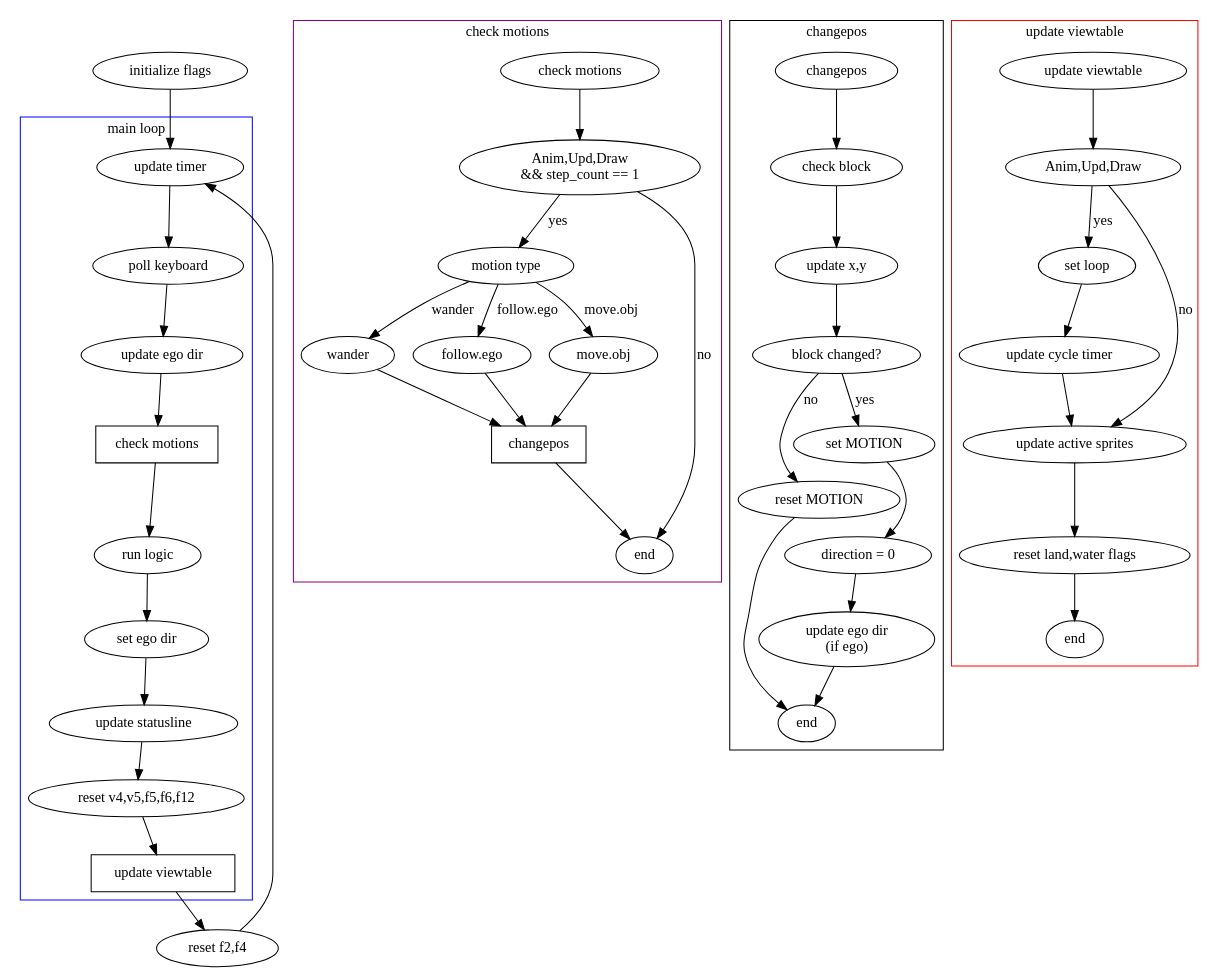
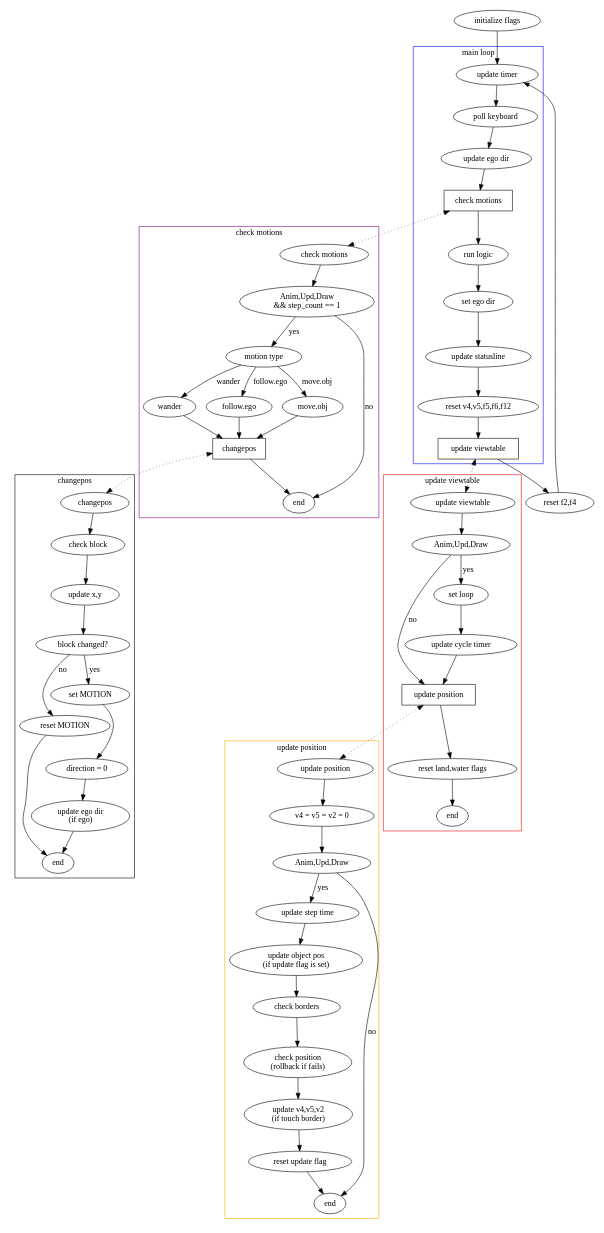
Before and after one commit to cmatsuoka/sarien: the diagram in doc/flowchart.dot, drawn with Graphviz. The commit also changed other lines of this file and 3 other files, not shown here.

Commit message:
Replaced the AGDS interpreter cycle flowchart by a detailed version generated with graphviz.

```diff
--- a/doc/flowchart.dot
+++ b/doc/flowchart.dot
@@ -1,104 +1,138 @@
 /*
  * $Id$
  */
 
 digraph agi {
+	size = "8,32";
+
 	subgraph cluster_0 {
 		label = "main loop";
 		color = blue;
 
 		"check motions"		[shape=box];
 		"update viewtable"	[shape=box];
 
 		":main loop"
 			-> "poll keyboard"
 			-> "update ego dir"
 			-> "check motions"
 			-> "run logic"
 			-> "set ego dir"
 			-> "update statusline"
 			-> "reset v4,v5,f5,f6,f12"
-			-> "update viewtable";
+			-> "update viewtable"
+			;
 
 		":main loop" [label="update timer"];
 	}
 
 	subgraph cluster_1 {
 		label = "check motions";
 		color = purple;
 
 		"changepos"	[shape=box];
 
 		":check motions" -> "motion test";
 
 		"motion test" -> "motion type"		[label="yes"];
 		"motion test" -> "$check motions"	[label="no"];
 
 		"motion type" -> "wander"	[label="wander"];
 		"motion type" -> "follow.ego"	[label="follow.ego"];
 		"motion type" -> "move.obj"	[label="move.obj"];
 
 		"wander" -> "changepos";
 		"follow.ego" -> "changepos";
 		"move.obj" -> "changepos";
 		
 		"changepos" -> "$check motions";
 		
 		"motion test" [label="Anim,Upd,Draw\n&& step_count == 1"];
 
 		":check motions" [label="check motions"];
 		"$check motions" [label="end"];
 	}
 
 	subgraph cluster_2 {
 		label = "changepos";
 		color = "dark green";
 
 		":changepos"
 			-> "check block"
 			-> "update x,y"
 			-> "block changed?";
 
 		"block changed?" -> "reset MOTION"	[label="no"];
 		"block changed?" -> "set MOTION"	[label="yes"];
 
 		"set MOTION"
 			-> "direction = 0"
 			-> "update ego dir\n(if ego)"
 			-> "$changepos";
 		
 		"reset MOTION"
 			-> "$changepos";
 
 		":changepos" [label="changepos"];
 		"$changepos" [label="end"];
 	}
 
 	subgraph cluster_3 {
 		label = "update viewtable";
 		color = "red";
 
+		"update position"	[shape=box];
+
 		":update viewtable" -> "update test";
 
-		"update test" -> "set loop"			[label="yes"];
-		"update test" -> "update active sprites"	[label="no"];
+		"update test" -> "set loop"		[label="yes"];
+		"update test" -> "update position"	[label="no"];
 
 		"set loop"
 			-> "update cycle timer"
-			-> "update active sprites"
+			-> "update position"
 			-> "reset land,water flags"
 			-> "$update viewtable";
 
 		"update test" [label="Anim,Upd,Draw"];
 
 		":update viewtable" [label="update viewtable"];
 		"$update viewtable" [label="end"];
 	}
 
+	subgraph cluster_4 {
+		label = "update position";
+		color = "orange";
+
+		":update position"
+			-> "v4 = v5 = v2 = 0"
+			-> "update pos test";
+
+		"update pos test" -> "update step time"	[label="yes"];
+		"update pos test" -> "$update position"	[label="no"];
+
+		"update step time"
+			-> "update object pos\n(if update flag is set)"
+			-> "check borders"
+			-> "check position\n(rollback if fails)"
+			-> "update v4,v5,v2\n(if touch border)"
+			-> "reset update flag"
+			-> "$update position";
+
+		"update pos test" [label="Anim,Upd,Draw"];
+
+		":update position" [label="update position"];
+		"$update position" [label="end"];
+	}
+
+	"check motions" -> ":check motions"	[style=dotted,dir=both];
+	"changepos" -> ":changepos"		[style=dotted,dir=both];
+	"update viewtable" -> ":update viewtable"[style=dotted,dir=both];
+	"update position" -> ":update position"	[style=dotted,dir=both];
+
 	"initialize flags" -> ":main loop";
 
 	"update viewtable"
 		-> "reset f2,f4"
 		-> ":main loop";
-
 }
```
